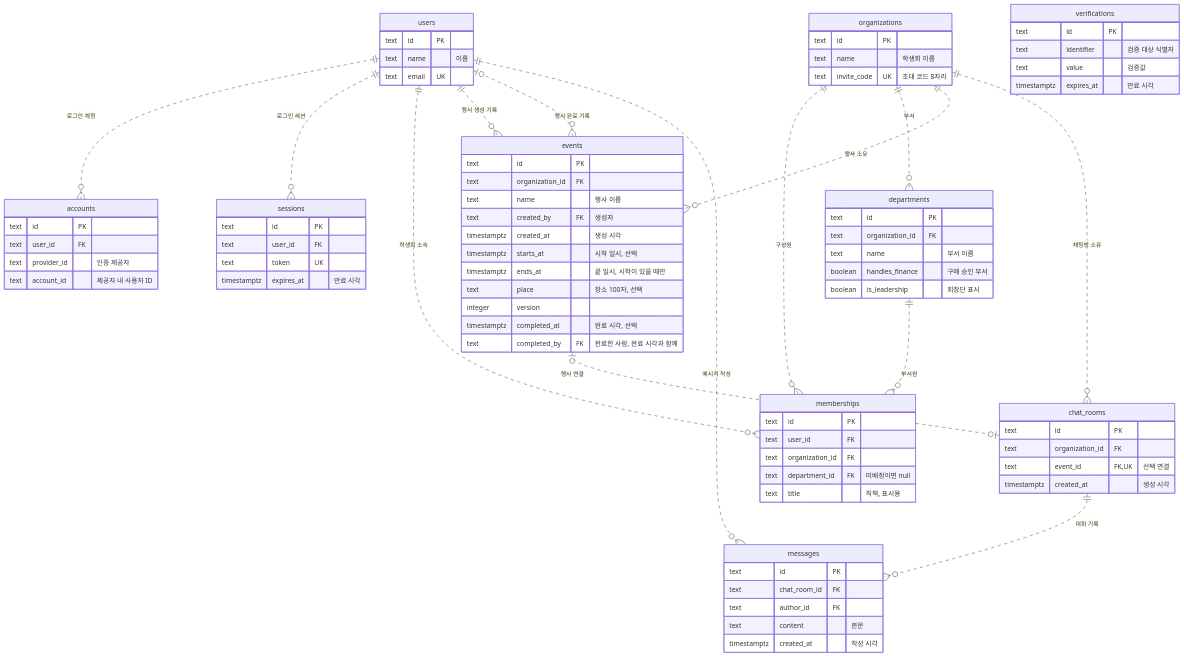
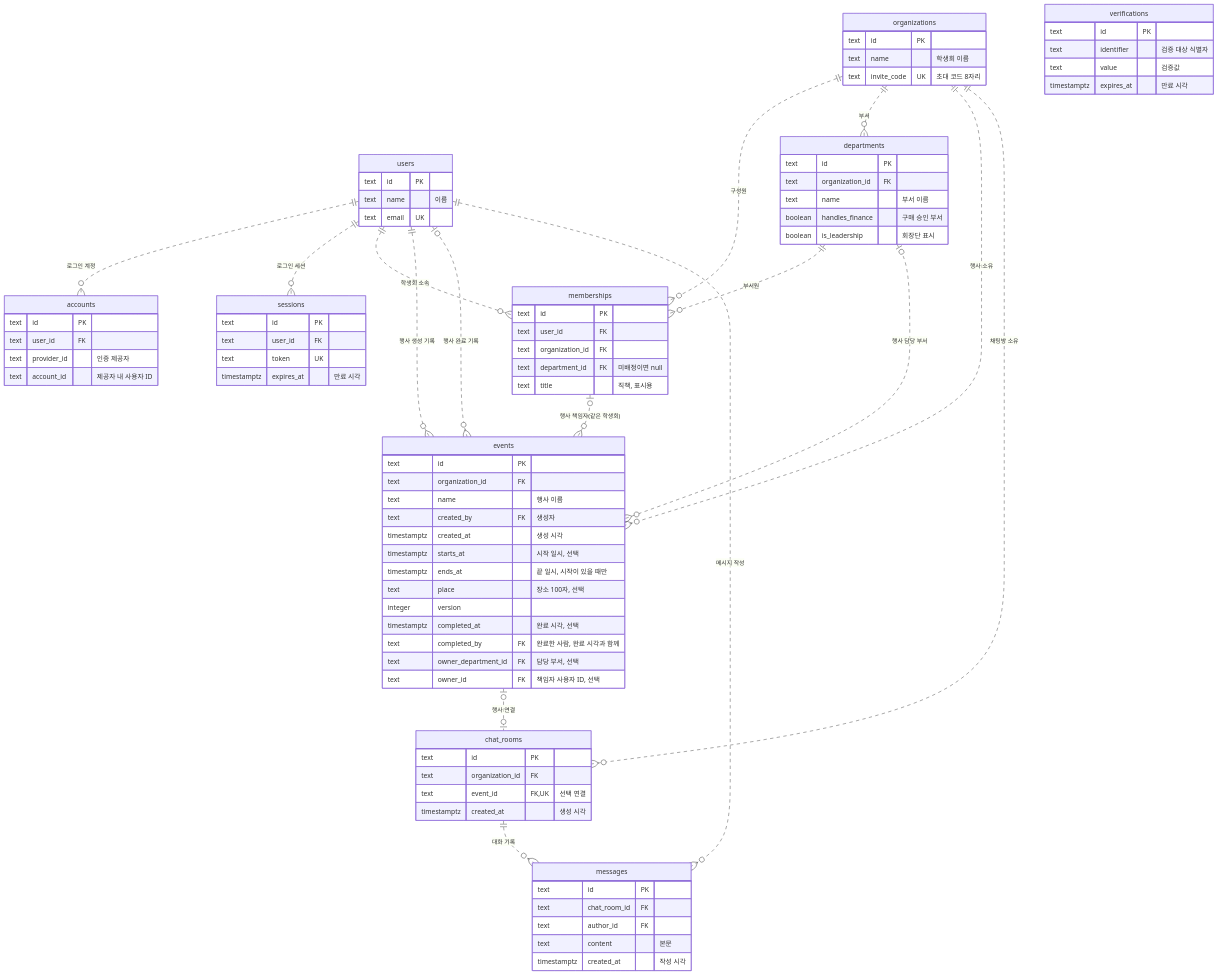
The first of 11 diagrams in docs/ERD.md (vada-hq/vada), drawn with Mermaid before and after one commit. The commit also changed other lines of this file and 6 other files, not shown here.

```diff
--- a/docs/ERD.md
+++ b/docs/ERD.md
@@ -15,6 +15,8 @@
     organizations ||..o{ events : "행사 소유"
     users ||..o{ events : "행사 생성 기록"
     users |o..o{ events : "행사 완료 기록"
+    departments |o..o{ events : "행사 담당 부서"
+    memberships |o..o{ events : "행사 책임자(같은 학생회)"
     organizations ||..o{ chatRooms : "채팅방 소유"
     events |o..o| chatRooms : "행사 연결"
     chatRooms ||..o{ messages : "대화 기록"
@@ -67,6 +69,8 @@
         integer version
         timestamptz completed_at "완료 시각, 선택"
         text completed_by FK "완료한 사람, 완료 시각과 함께"
+        text owner_department_id FK "담당 부서, 선택"
+        text owner_id FK "책임자 사용자 ID, 선택"
     }
     chatRooms["chat_rooms"] {
         text id PK
```
